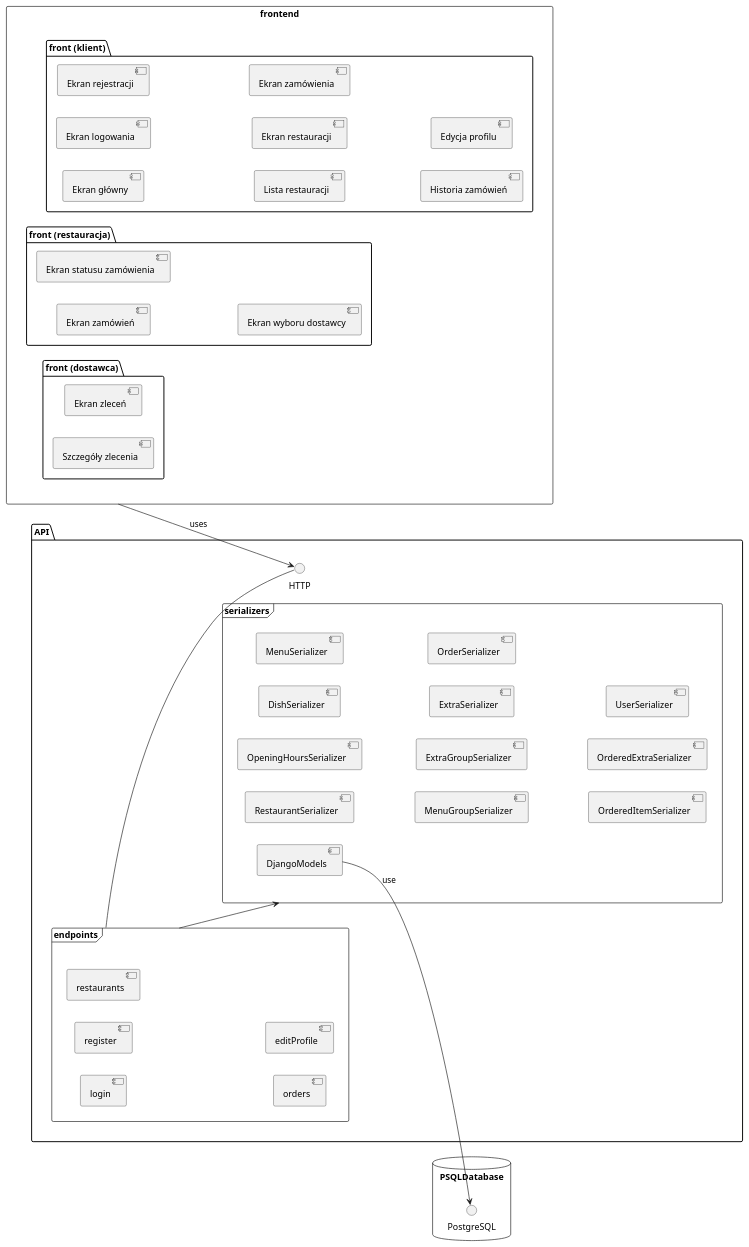
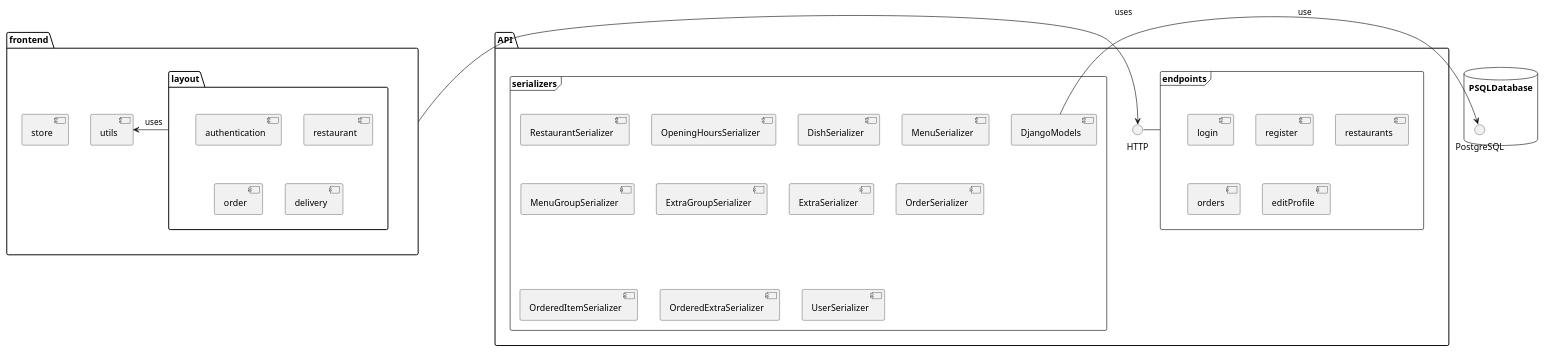
The diagram in docs/component_diagram.md (amelinium23/food-ordering-and-delivering-service), drawn with PlantUML before and after one commit.

Commit message:
Remade component diagram

````diff
--- a/docs/component_diagram.md
+++ b/docs/component_diagram.md
@@ -1,65 +1,56 @@
 ```plantuml
 @startuml components
-left to right direction
 
-rectangle "frontend" as frontend {
-package "front (klient)" as clientFront {
-    component "Ekran główny" as homescreen
-    component "Ekran logowania" as loginscreen
-    component "Ekran rejestracji" as registerscreen
-    component "Lista restauracji" as restaurantsscreen
-    component "Ekran restauracji" as restaurantscreen
-    component "Ekran zamówienia" as orderscreen
-    component "Historia zamówień" as orderhistory
-    component "Edycja profilu" as profile
-}
+package "frontend" as frontend {
+    component store
+    component utils
+    package "layout" as layout {
+        component authentication
+        component restaurant
+        component order
+        component delivery
+    }
 
-package "front (restauracja)" as restaurantFront {
-    component "Ekran zamówień" as ordersscreen
-    component "Ekran statusu zamówienia" as orderstatus
-    component "Ekran wyboru dostawcy" as couriers
-}
+    layout -> utils : uses
 
-
-package "front (dostawca)" {
-    component "Ekran zleceń" as deliveries
-    component "Szczegóły zlecenia" as delivery
-}
     }
-package "API" {
-    interface HTTP
-    frame "endpoints" as endpoints {
-        component login
-        component register
-        component restaurants
-        component orders
-        component editProfile
-    }
+package "API" as API {
     frame "serializers" as serializers {
         component DjangoModels
         component RestaurantSerializer
         component OpeningHoursSerializer
         component DishSerializer
         component MenuSerializer
         component MenuGroupSerializer
         component ExtraGroupSerializer
         component MenuGroupSerializer
         component ExtraSerializer
         component OrderSerializer
         component OrderedItemSerializer
         component OrderedExtraSerializer
         component UserSerializer
     }
+    together {
+    interface HTTP
+    frame "endpoints" as endpoints {
+        component login
+        component register
+        component restaurants
+        component orders
+        component editProfile
+    }
+}
 }
 
 database "PSQLDatabase" {
     interface PostgreSQL
 }
-frontend --> HTTP : uses
-DjangoModels --> PostgreSQL : use
-endpoints -d- HTTP
-endpoints --> serializers
+frontend -> HTTP : uses
+frontend -[hidden]d- [debug]
+hide debug
+DjangoModels -> PostgreSQL : use
+endpoints - HTTP
 
 
 @enduml
 ```
````
